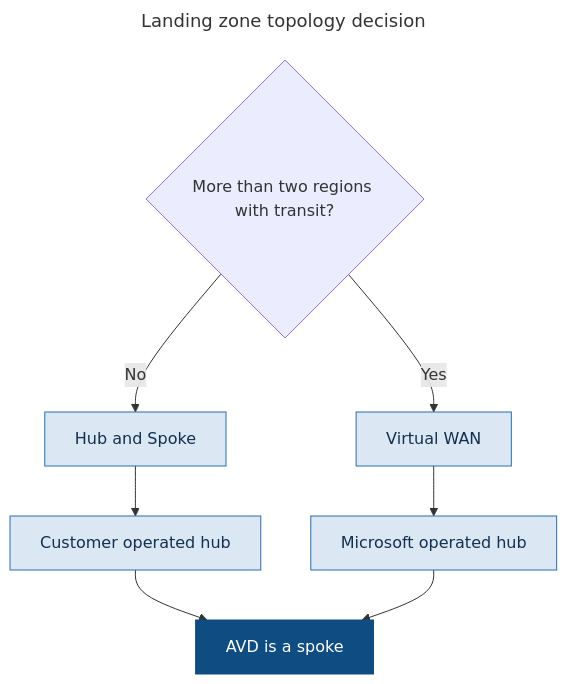
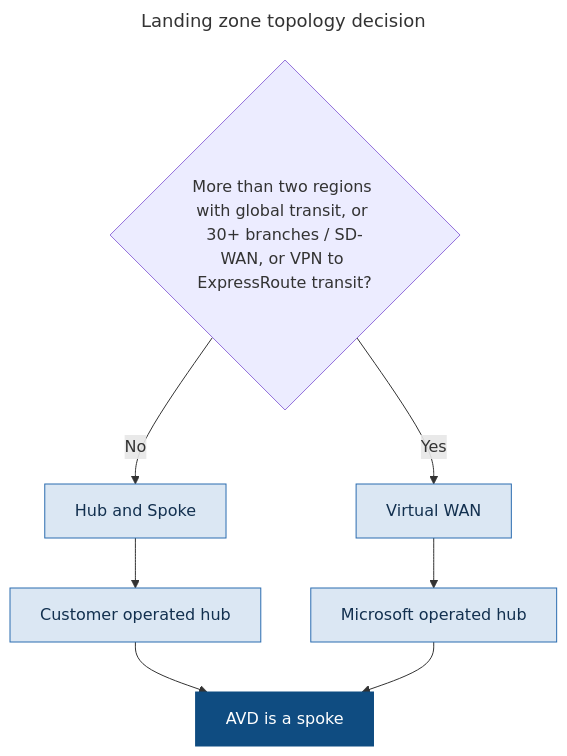
The diagram in diagrams/ch12-topology-decision.mermaid (AddySidd27/azure-virtual-desktop-architect), drawn with Mermaid before and after one commit. The commit also changed 9 other files, not shown here.

```diff
--- a/diagrams/ch12-topology-decision.mermaid
+++ b/diagrams/ch12-topology-decision.mermaid
@@ -1,19 +1,19 @@
 ---
 title: Landing zone topology decision
 ---
 flowchart TB
-    Q{"More than two regions with transit?"}
+    Q{"More than two regions with global transit, or 30+ branches / SD-WAN, or VPN to ExpressRoute transit?"}
 
     Q -->|"No"| HS["Hub and Spoke"]
     Q -->|"Yes"| VW["Virtual WAN"]
 
     HS --> H1["Customer operated hub"]
     VW --> V1["Microsoft operated hub"]
 
     H1 --> A["AVD is a spoke"]
     V1 --> A
 
     classDef ok fill:#dbe7f3,stroke:#2b6cb0,color:#12304f
     classDef out fill:#0f4c81,stroke:#0f4c81,color:#ffffff
     class HS,VW,H1,V1 ok
     class A out
```
